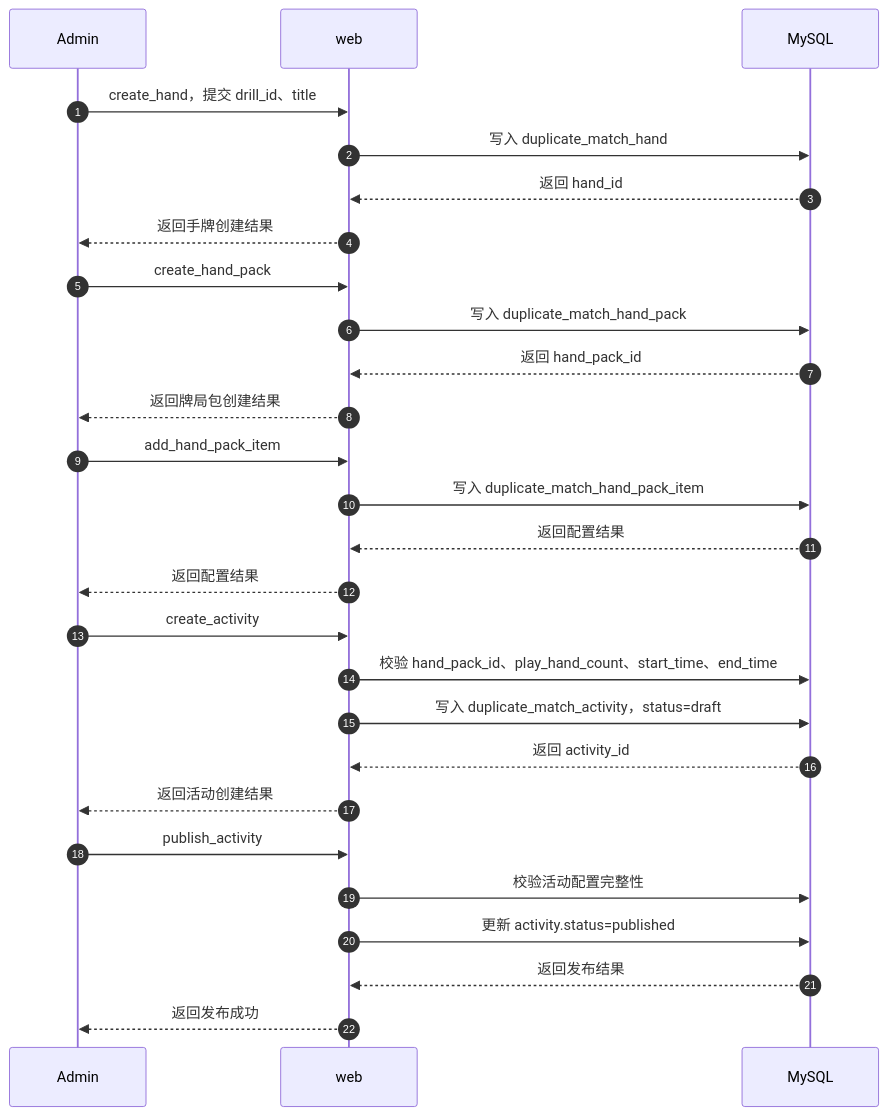
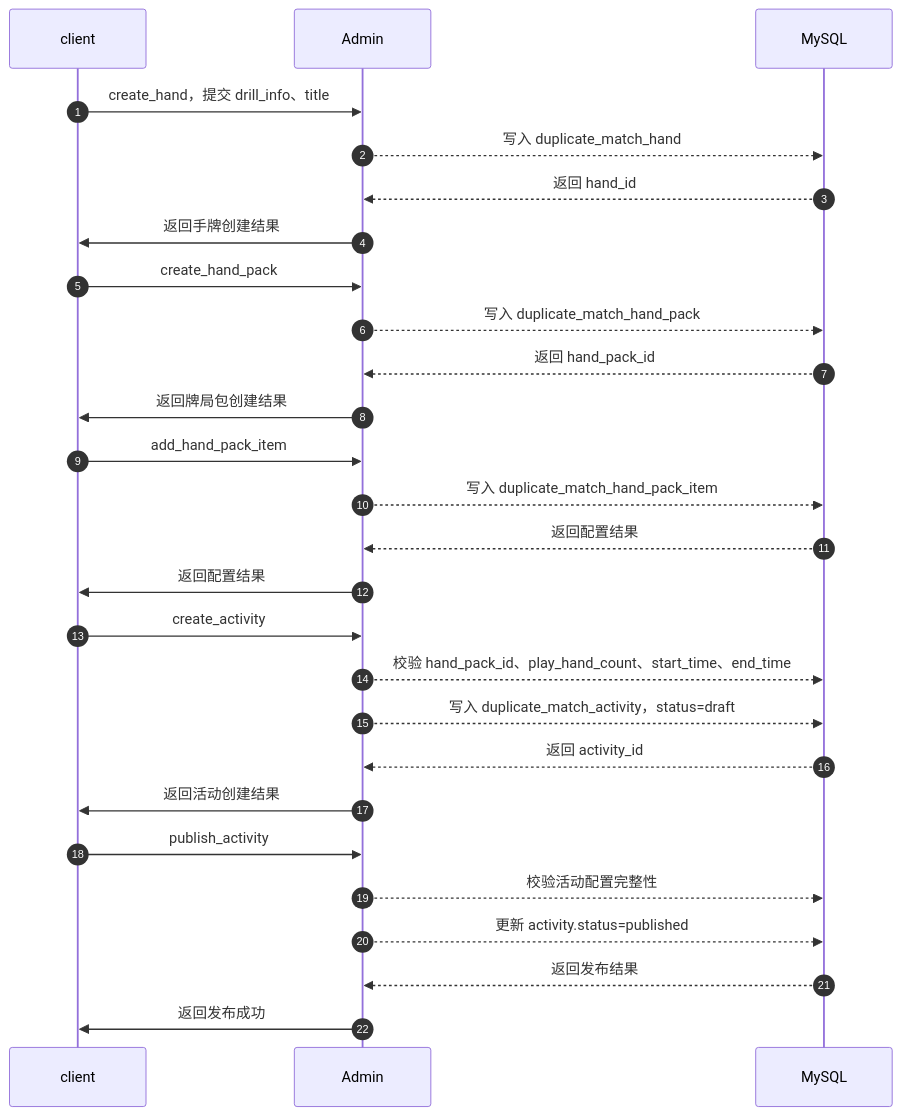
The second of 23 diagrams in docs/复述扑克/评审02/02-设计文档.md (zdl20251023-pixel/agent-frame), drawn with Mermaid before and after one commit. The commit also changed other lines of this file and 1 other file, not shown here.

````diff
--- a/docs/复述扑克/评审02/02-设计文档.md
+++ b/docs/复述扑克/评审02/02-设计文档.md
@@ -159,34 +171,34 @@
 ```mermaid
 sequenceDiagram
     autonumber
+    participant client
     participant Admin
-    participant web
     participant MySQL
 
-    Admin->>web: create_hand，提交 drill_id、title
-    web->>MySQL: 写入 duplicate_match_hand
-    MySQL-->>web: 返回 hand_id
-    web-->>Admin: 返回手牌创建结果
+    client->>Admin: create_hand，提交 drill_info、title
+    Admin-->>MySQL: 写入 duplicate_match_hand
+    MySQL-->>Admin: 返回 hand_id
+    Admin->>client: 返回手牌创建结果
 
-    Admin->>web: create_hand_pack
-    web->>MySQL: 写入 duplicate_match_hand_pack
-    MySQL-->>web: 返回 hand_pack_id
-    web-->>Admin: 返回牌局包创建结果
+    client->>Admin: create_hand_pack
+    Admin-->>MySQL: 写入 duplicate_match_hand_pack
+    MySQL-->>Admin: 返回 hand_pack_id
+    Admin->>client: 返回牌局包创建结果
 
-    Admin->>web: add_hand_pack_item
-    web->>MySQL: 写入 duplicate_match_hand_pack_item
-    MySQL-->>web: 返回配置结果
-    web-->>Admin: 返回配置结果
+    client->>Admin: add_hand_pack_item
+    Admin-->>MySQL: 写入 duplicate_match_hand_pack_item
+    MySQL-->>Admin: 返回配置结果
+    Admin->>client: 返回配置结果
 
-    Admin->>web: create_activity
-    web->>MySQL: 校验 hand_pack_id、play_hand_count、start_time、end_time
-    web->>MySQL: 写入 duplicate_match_activity，status=draft
-    MySQL-->>web: 返回 activity_id
-    web-->>Admin: 返回活动创建结果
+    client->>Admin: create_activity
+    Admin-->>MySQL: 校验 hand_pack_id、play_hand_count、start_time、end_time
+    Admin-->>MySQL: 写入 duplicate_match_activity，status=draft
+    MySQL-->>Admin: 返回 activity_id
+    Admin->>client: 返回活动创建结果
 
-    Admin->>web: publish_activity
-    web->>MySQL: 校验活动配置完整性
-    web->>MySQL: 更新 activity.status=published
-    MySQL-->>web: 返回发布结果
-    web-->>Admin: 返回发布成功
+    client->>Admin: publish_activity
+    Admin-->>MySQL: 校验活动配置完整性
+    Admin-->>MySQL: 更新 activity.status=published
+    MySQL-->>Admin: 返回发布结果
+    Admin->>client: 返回发布成功
 ```
````
